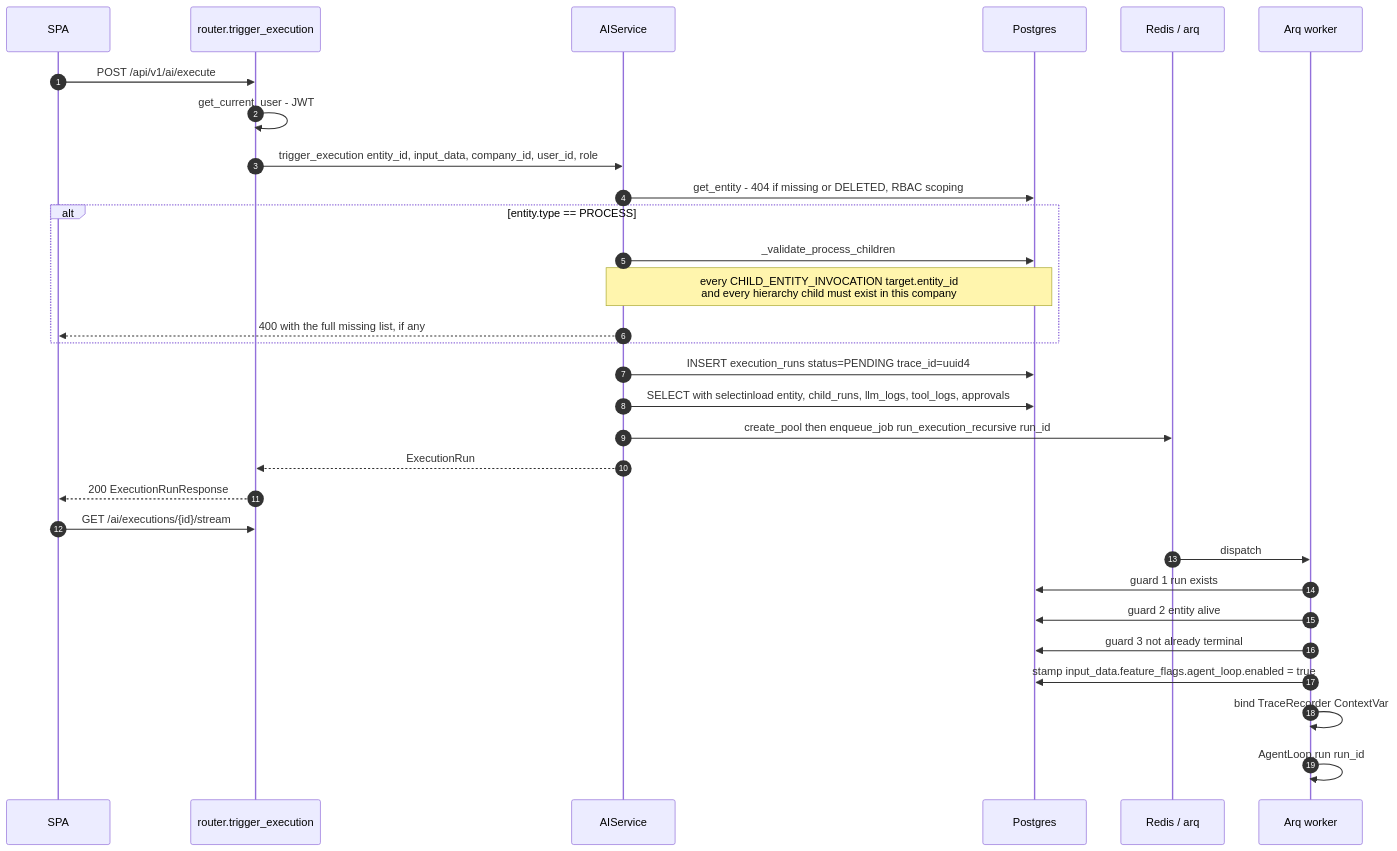
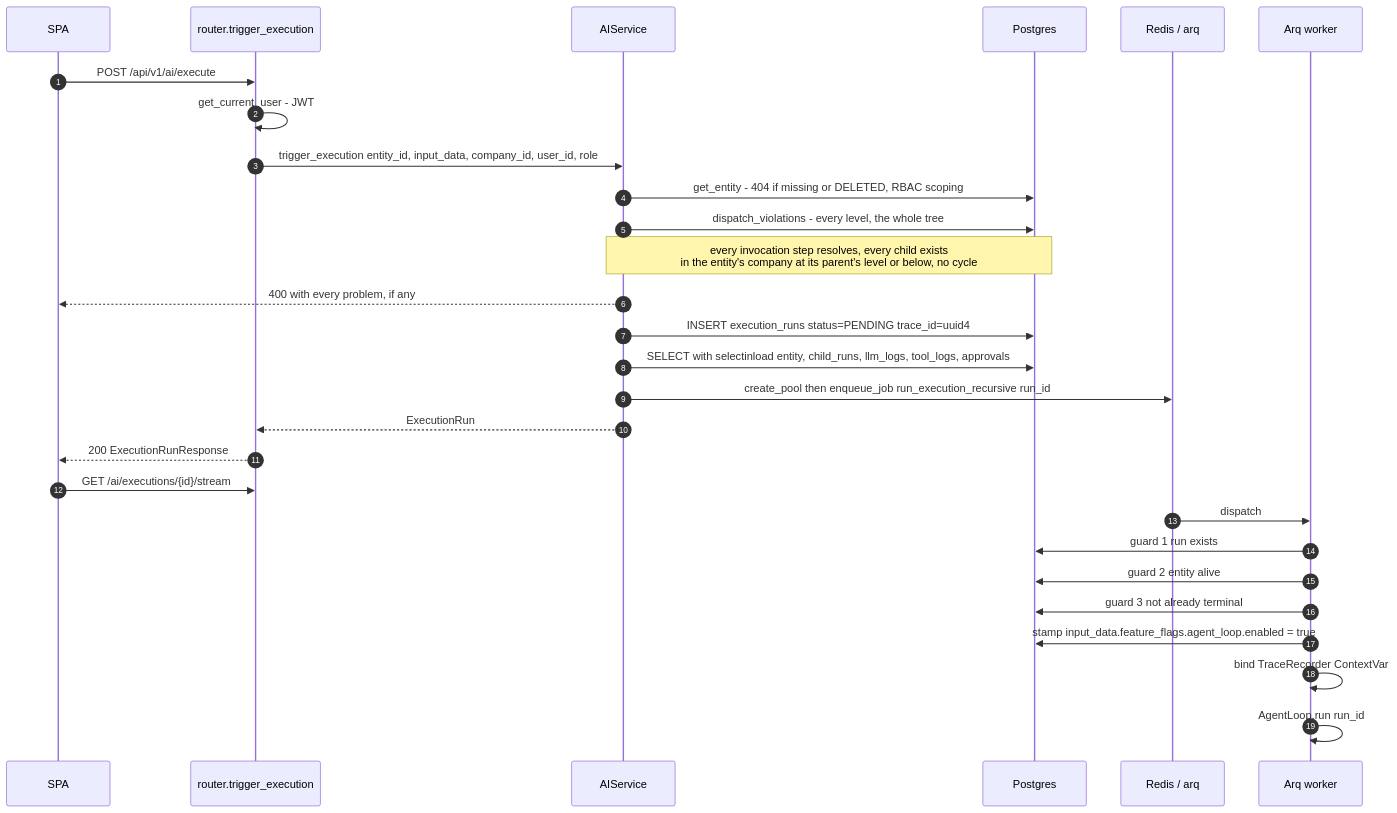
One commit to gondolerahul/hire-buddha-app changed the eighth of 20 diagrams in docs/current/06-execution-pipeline.md. Above: the diagram before and after it, drawn with Mermaid. The commit also changed other lines of this file and 7 other files, not shown here.

First line of the commit message:
feat(entities): the composition rule is checked at authoring, dispatch and child-run creation (R1)

````diff
--- a/docs/current/06-execution-pipeline.md
+++ b/docs/current/06-execution-pipeline.md
@@ -964,33 +981,31 @@
 ```mermaid
 sequenceDiagram
     autonumber
     participant UI as SPA
     participant API as router.trigger_execution
     participant SVC as AIService
     participant PG as Postgres
     participant RQ as Redis / arq
     participant W as Arq worker
 
     UI->>API: POST /api/v1/ai/execute
     API->>API: get_current_user - JWT
     API->>SVC: trigger_execution entity_id, input_data, company_id, user_id, role
     SVC->>PG: get_entity - 404 if missing or DELETED, RBAC scoping
-    alt entity.type == PROCESS
-        SVC->>PG: _validate_process_children
-        Note over SVC,PG: every CHILD_ENTITY_INVOCATION target.entity_id<br/>and every hierarchy child must exist in this company
-        SVC-->>UI: 400 with the full missing list, if any
-    end
+    SVC->>PG: dispatch_violations - every level, the whole tree
+    Note over SVC,PG: every invocation step resolves, every child exists<br/>in the entity's company at its parent's level or below, no cycle
+    SVC-->>UI: 400 with every problem, if any
     SVC->>PG: INSERT execution_runs status=PENDING trace_id=uuid4
     SVC->>PG: SELECT with selectinload entity, child_runs, llm_logs, tool_logs, approvals
     SVC->>RQ: create_pool then enqueue_job run_execution_recursive run_id
     SVC-->>API: ExecutionRun
     API-->>UI: 200 ExecutionRunResponse
     UI->>API: GET /ai/executions/{id}/stream
     RQ->>W: dispatch
     W->>PG: guard 1 run exists
     W->>PG: guard 2 entity alive
     W->>PG: guard 3 not already terminal
     W->>PG: stamp input_data.feature_flags.agent_loop.enabled = true
     W->>W: bind TraceRecorder ContextVar
     W->>W: AgentLoop.run run_id
 ```
````
